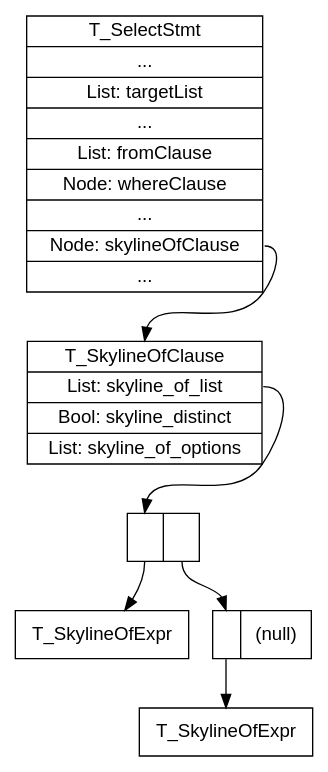
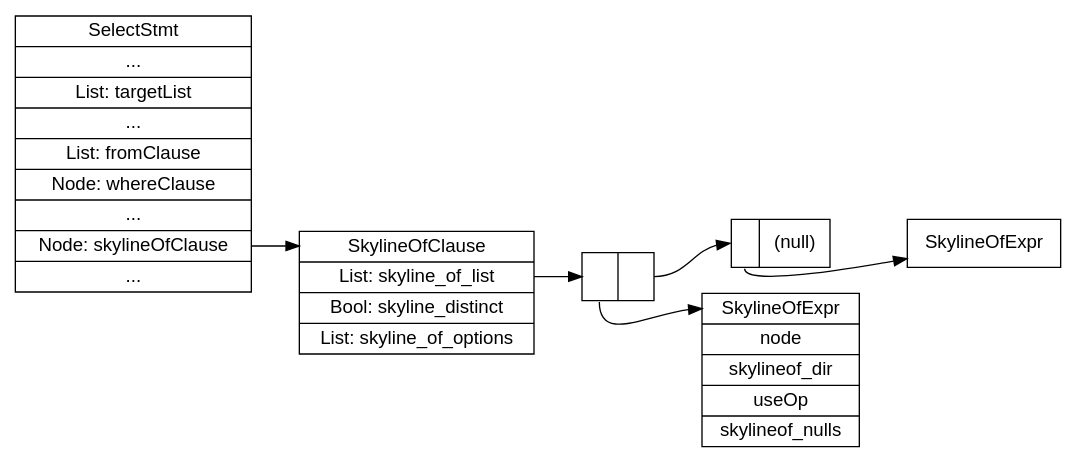
One commit to hanneseder-net/pgsql-skyline changed the diagram in thesis/plots-ds/ds-parse.dot. Above: the diagram before and after it, drawn with Graphviz. The commit also changed 3 other files, not shown here.

```diff
--- a/thesis/plots-ds/ds-parse.dot
+++ b/thesis/plots-ds/ds-parse.dot
@@ -1,22 +1,24 @@
 digraph g {
-graph [ fontname = "Helvetica", fontsize = 10 ];
+graph [ rankdir="LR", fontname = "Helvetica", fontsize = 10 ];
 node [	fontname = "Helvetica", shape = "record" ];
 edge [ ];
 
-"select" [ label = "{<f0> T_SelectStmt | ... | List: targetList | ... | List: fromClause | Node: whereClause | ... | <f1> Node: skylineOfClause\ | ...}", pos="0,5!", pin=true ];
+"select" [ label = "<f0> SelectStmt | ... | List: targetList | ... | List: fromClause | Node: whereClause | ... | <f1> Node: skylineOfClause\ | ..." ];
 
-"skyline" [ label = "{<f0> T_SkylineOfClause | <f1> List: skyline_of_list | Bool: skyline_distinct | <f2> List: skyline_of_options}", pos="3,5!" ];
+"skyline" [ label = "<f0> SkylineOfClause | <f1> List: skyline_of_list | Bool: skyline_distinct | <f2> List: skyline_of_options" ];
 
-sol1 [ label = "<f0>|<f1>" ];
-sol2 [ label = "<f0>|<f1>(null)" ];
+sol1 [ label = "{<f0>|<f1>}" ];
+sol2 [ label = "{<f0>|<f1>(null)}" ];
 
-soe1 [ label = "<f0> T_SkylineOfExpr" ];
-soe2 [ label = "<f0> T_SkylineOfExpr" ];
+soe1 [ label = "<f0> SkylineOfExpr|node|skylineof_dir|useOp|skylineof_nulls" ];
+soe2 [ label = "<f0> SkylineOfExpr" ];
+
 
 select:f1 -> skyline:f0;
 skyline:f1 -> sol1:f0;
 sol1:f1 -> sol2:f0;
+
 sol1:f0 -> soe1:f0;
 sol2:f0 -> soe2:f0;
 
 }
```
